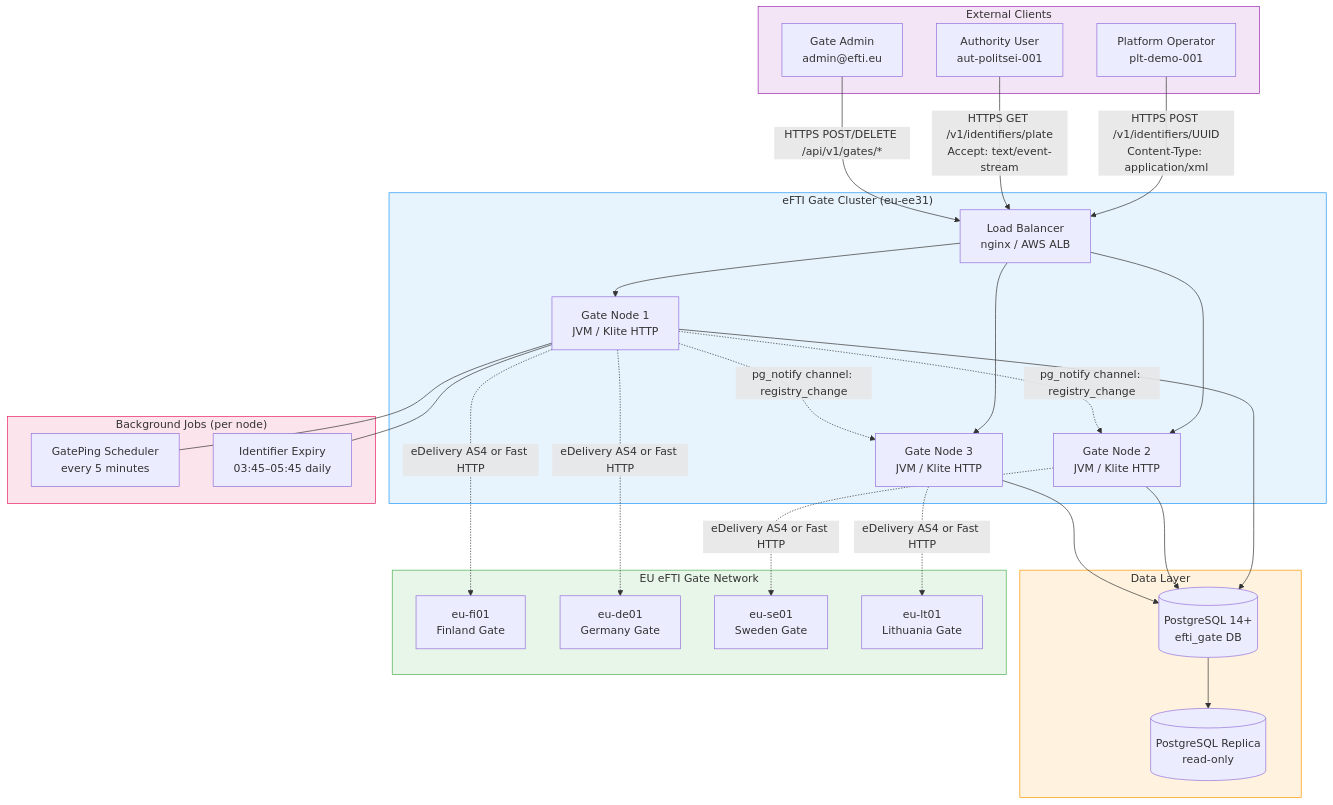
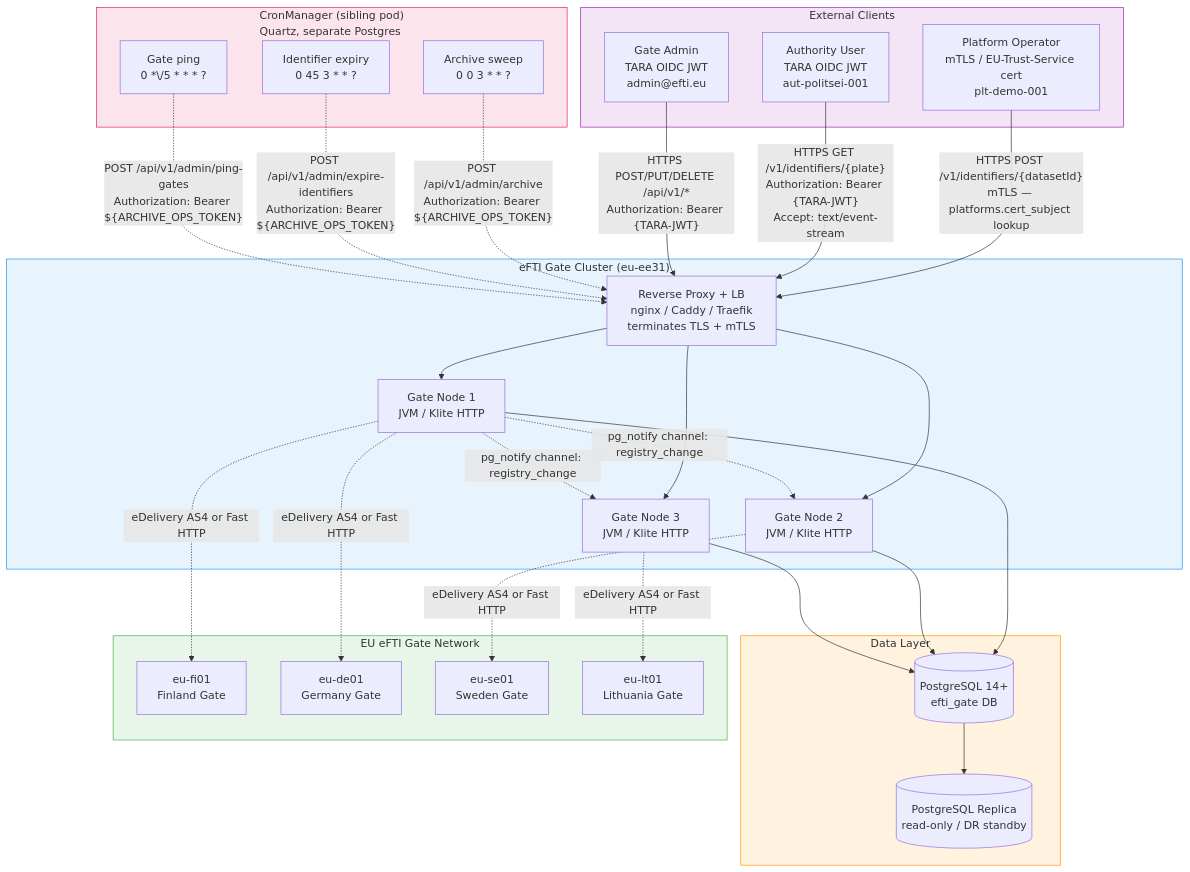
Before and after one commit to kemit-ee/efti-gate-ee: the diagram in docs/specs/diagrams/arch-01-multi-node-deployment.mmd, drawn with Mermaid. The commit also changed 22 other files, not shown here.

```diff
--- a/docs/specs/diagrams/arch-01-multi-node-deployment.mmd
+++ b/docs/specs/diagrams/arch-01-multi-node-deployment.mmd
@@ -1,60 +1,62 @@
 graph TB
     subgraph External["External Clients"]
-        Platform[Platform Operator\nplt-demo-001]
-        Authority[Authority User\naut-politsei-001]
-        Admin[Gate Admin\nadmin@efti.eu]
+        Platform[Platform Operator\nmTLS / EU-Trust-Service cert\nplt-demo-001]
+        Authority[Authority User\nTARA OIDC JWT\naut-politsei-001]
+        Admin[Gate Admin\nTARA OIDC JWT\nadmin@efti.eu]
     end
 
     subgraph GateCluster["eFTI Gate Cluster (eu-ee31)"]
-        LB[Load Balancer\nnginx / AWS ALB]
+        LB[Reverse Proxy + LB\nnginx / Caddy / Traefik\nterminates TLS + mTLS]
         Node1[Gate Node 1\nJVM / Klite HTTP]
         Node2[Gate Node 2\nJVM / Klite HTTP]
         Node3[Gate Node 3\nJVM / Klite HTTP]
 
         LB --> Node1
         LB --> Node2
         LB --> Node3
     end
 
     subgraph DataLayer["Data Layer"]
         DB[(PostgreSQL 14+\nefti_gate DB)]
-        DBReplica[(PostgreSQL Replica\nread-only)]
+        DBReplica[(PostgreSQL Replica\nread-only / DR standby)]
     end
 
-    subgraph BackgroundJobs["Background Jobs (per node)"]
-        PingJob[GatePing Scheduler\nevery 5 minutes]
-        ExpiryJob[Identifier Expiry\n03:45–05:45 daily]
+    subgraph CronMgr["CronManager (sibling pod)\nQuartz, separate Postgres"]
+        ArchiveJob[Archive sweep\n0 0 3 * * ?]
+        ExpireJob[Identifier expiry\n0 45 3 * * ?]
+        PingJob[Gate ping\n0 *\/5 * * * ?]
     end
 
     subgraph EUGates["EU eFTI Gate Network"]
         GateFI[eu-fi01\nFinland Gate]
         GateDE[eu-de01\nGermany Gate]
         GateSE[eu-se01\nSweden Gate]
         GateLT[eu-lt01\nLithuania Gate]
     end
 
-    Platform -->|HTTPS POST /v1/identifiers/UUID\nContent-Type: application/xml| LB
-    Authority -->|HTTPS GET /v1/identifiers/plate\nAccept: text/event-stream| LB
-    Admin -->|HTTPS POST/DELETE /api/v1/gates/*| LB
+    Platform -->|"HTTPS POST /v1/identifiers/{datasetId}\nmTLS — platforms.cert_subject lookup"| LB
+    Authority -->|"HTTPS GET /v1/identifiers/{plate}\nAuthorization: Bearer {TARA-JWT}\nAccept: text/event-stream"| LB
+    Admin -->|"HTTPS POST/PUT/DELETE /api/v1/*\nAuthorization: Bearer {TARA-JWT}"| LB
 
     Node1 --> DB
     Node2 --> DB
     Node3 --> DB
     DB --> DBReplica
 
-    Node1 -.->|pg_notify channel: registry_change| Node2
-    Node1 -.->|pg_notify channel: registry_change| Node3
+    Node1 -.->|"pg_notify channel: registry_change"| Node2
+    Node1 -.->|"pg_notify channel: registry_change"| Node3
 
-    Node1 --- PingJob
-    Node1 --- ExpiryJob
+    ArchiveJob -.->|"POST /api/v1/admin/archive\nAuthorization: Bearer ${ARCHIVE_OPS_TOKEN}"| LB
+    ExpireJob  -.->|"POST /api/v1/admin/expire-identifiers\nAuthorization: Bearer ${ARCHIVE_OPS_TOKEN}"| LB
+    PingJob    -.->|"POST /api/v1/admin/ping-gates\nAuthorization: Bearer ${ARCHIVE_OPS_TOKEN}"| LB
 
     Node1 -.->|eDelivery AS4 or Fast HTTP| GateFI
     Node1 -.->|eDelivery AS4 or Fast HTTP| GateDE
     Node2 -.->|eDelivery AS4 or Fast HTTP| GateSE
     Node3 -.->|eDelivery AS4 or Fast HTTP| GateLT
 
     style GateCluster fill:#e8f4fd,stroke:#2196F3
     style DataLayer fill:#fff3e0,stroke:#FF9800
     style External fill:#f3e5f5,stroke:#9C27B0
     style EUGates fill:#e8f5e9,stroke:#4CAF50
-    style BackgroundJobs fill:#fce4ec,stroke:#E91E63
+    style CronMgr fill:#fce4ec,stroke:#E91E63
```
